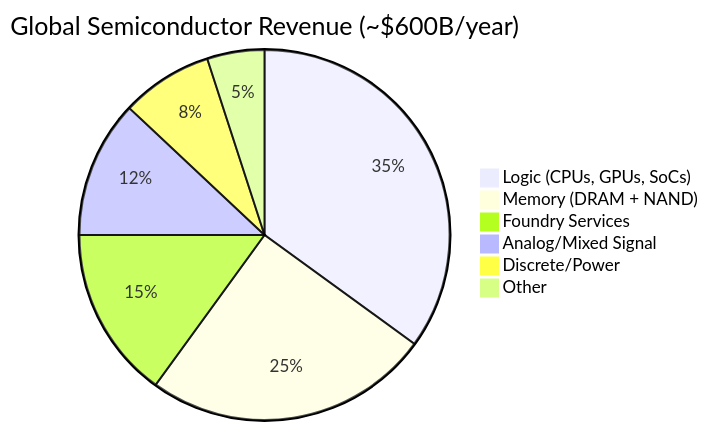
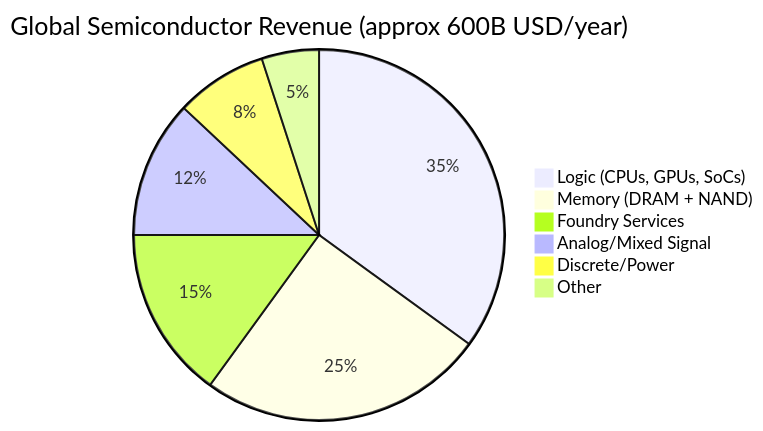
Before and after one commit to peterlyeung/Learn_Semiconductors: the third of 4 diagrams in Chapter_00_Overview.md, drawn with Mermaid. The commit also changed 3 other files, not shown here.

Commit message:
Fix Mermaid KaTeX errors: replace all dollar signs in diagram node labels

````diff
--- a/Chapter_00_Overview.md
+++ b/Chapter_00_Overview.md
@@ -137,9 +137,9 @@
 ```mermaid
-pie title Global Semiconductor Revenue (~$600B/year)
+pie title Global Semiconductor Revenue (approx 600B USD/year)
     "Logic (CPUs, GPUs, SoCs)" : 35
     "Memory (DRAM + NAND)" : 25
     "Foundry Services" : 15
     "Analog/Mixed Signal" : 12
     "Discrete/Power" : 8
     "Other" : 5
 ```
````
